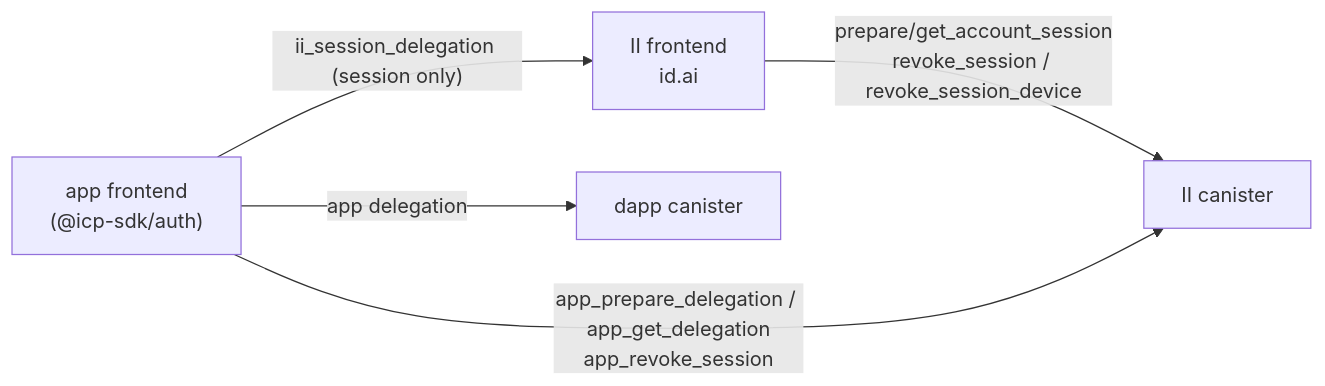
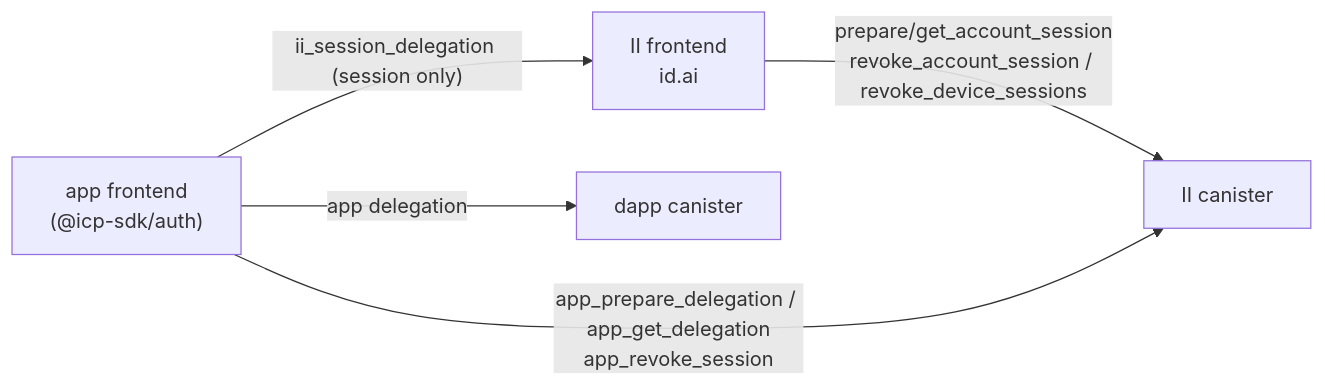
One commit to dfinity/internet-identity changed the first of 7 diagrams in docs/ongoing/revocable-app-sessions.md. Above: the diagram before and after it, drawn with Mermaid. The commit also changed other lines of this file, not shown here.

````diff
--- a/docs/ongoing/revocable-app-sessions.md
+++ b/docs/ongoing/revocable-app-sessions.md
@@ -67,12 +67,12 @@
 ```mermaid
 flowchart LR
     App["app frontend<br/>(@icp-sdk/auth)"]
     IIF["II frontend<br/>id.ai"]
     IIC["II canister"]
     DC["dapp canister"]
 
     App -->|"ii_session_delegation (session only)"| IIF
-    IIF -->|"prepare/get_account_session<br/>revoke_session / revoke_session_device"| IIC
+    IIF -->|"prepare/get_account_session<br/>revoke_account_session / revoke_device_sessions"| IIC
     App -->|"app_prepare_delegation / app_get_delegation<br/>app_revoke_session"| IIC
     App -->|"app delegation"| DC
 ```
````
